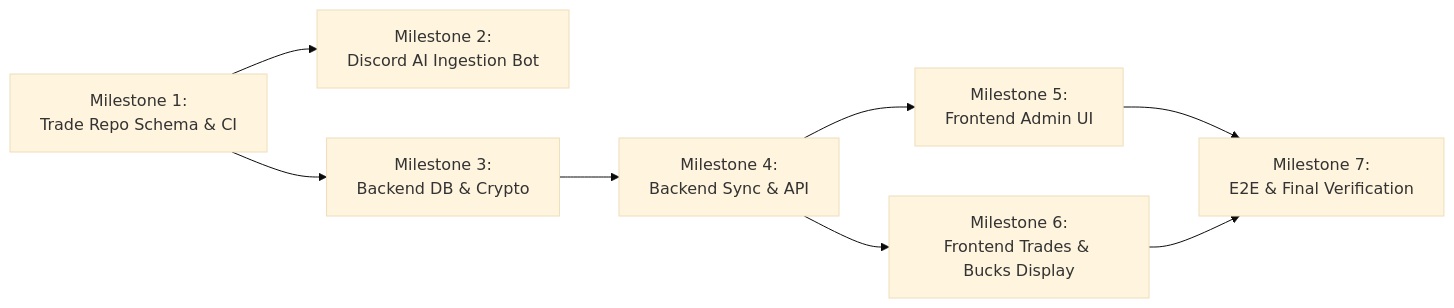
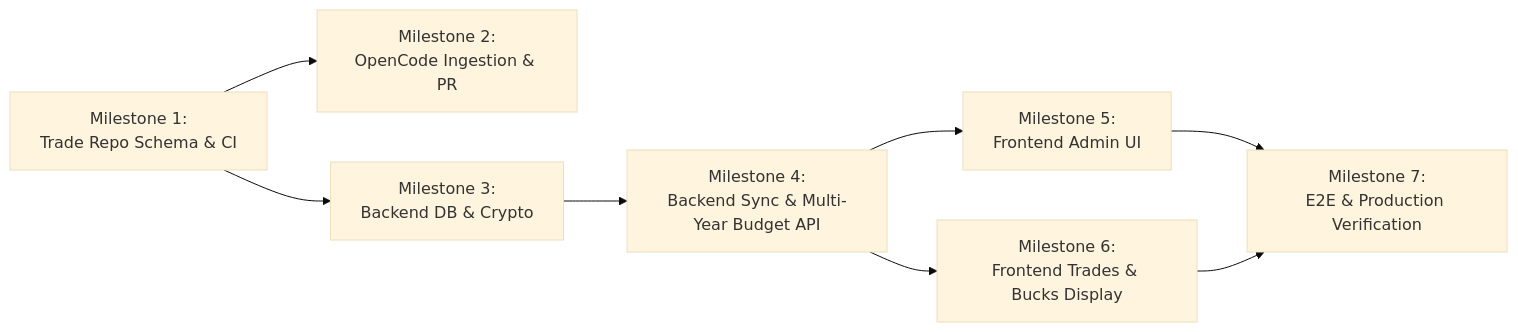
One commit to bberk/whodat-server changed the second of 2 diagrams in docs/TRADE_TRACKER_PLAN.md. Above: the diagram before and after it, drawn with Mermaid (base theme). The commit also changed other lines of this file, not shown here.

First line of the commit message:
Support multi-draft trades, ledger pruning, and server OpenCode

````diff
--- a/docs/TRADE_TRACKER_PLAN.md
+++ b/docs/TRADE_TRACKER_PLAN.md
@@ -436,10 +446,10 @@
 ```mermaid
 flowchart LR
-    M1["Milestone 1:<br/>Trade Repo Schema & CI"] --> M2["Milestone 2:<br/>Discord AI Ingestion Bot"]
+    M1["Milestone 1:<br/>Trade Repo Schema & CI"] --> M2["Milestone 2:<br/>OpenCode Ingestion & PR"]
     M1 --> M3["Milestone 3:<br/>Backend DB & Crypto"]
-    M3 --> M4["Milestone 4:<br/>Backend Sync & API"]
+    M3 --> M4["Milestone 4:<br/>Backend Sync & Multi-Year Budget API"]
     M4 --> M5["Milestone 5:<br/>Frontend Admin UI"]
     M4 --> M6["Milestone 6:<br/>Frontend Trades & Bucks Display"]
-    M5 --> M7["Milestone 7:<br/>E2E & Final Verification"]
+    M5 --> M7["Milestone 7:<br/>E2E & Production Verification"]
     M6 --> M7
 ```
````
